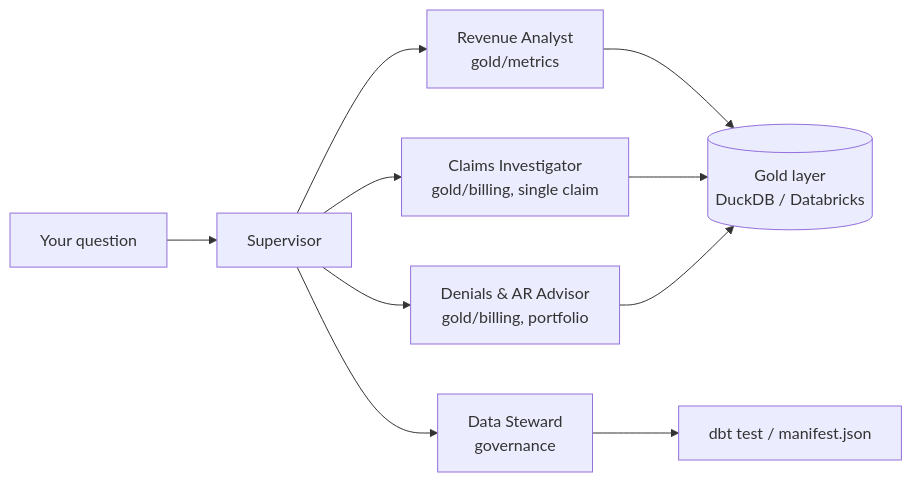
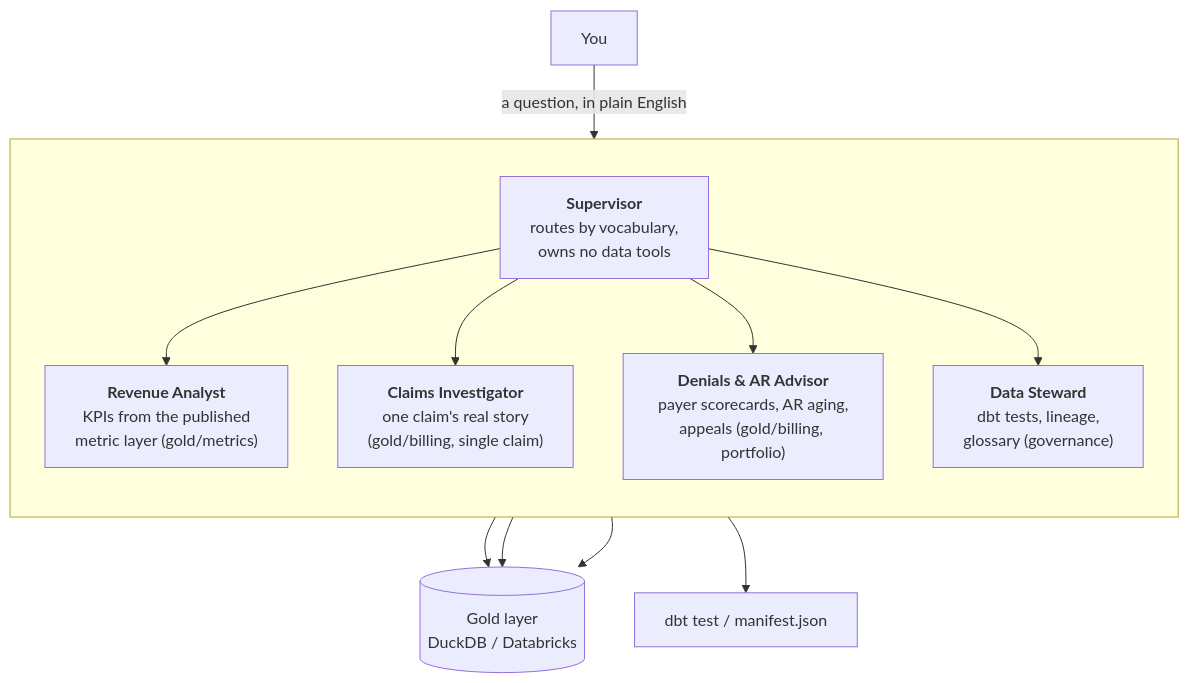
One commit to senthilsweb/claimwise-agents changed the first of 3 diagrams in docs/architecture.md. Above: the diagram before and after it, drawn with Mermaid. The commit also changed other lines of this file, not shown here.

Commit message:
Architecture: richer agent-crew diagram — supervisor + specialists with roles
Each node now carries the agent's name and its one-line role; the crew
sits in its own box between the user and the data. Icons inside mermaid
nodes were tried and verified unrenderable (Material's mermaid
integration sanitizes HTML/icon labels), so labels stay text-only
rather than carrying dead markup.

Claude-Session: https://claude.ai/code/session_014vEt7yCiZkcefMparxpTB2

````diff
--- a/docs/architecture.md
+++ b/docs/architecture.md
@@ -9,12 +12,16 @@
 ```mermaid
-flowchart LR
-    U[Your question] --> S[Supervisor]
-    S --> A[Revenue Analyst<br/>gold/metrics]
-    S --> I[Claims Investigator<br/>gold/billing, single claim]
-    S --> D[Denials & AR Advisor<br/>gold/billing, portfolio]
-    S --> W[Data Steward<br/>governance]
-    A --> G[(Gold layer<br/>DuckDB / Databricks)]
+flowchart TB
+    U["You"] -->|"a question, in plain English"| S
+    subgraph Crew [" "]
+        direction TB
+        S["<b>Supervisor</b><br/>routes by vocabulary,<br/>owns no data tools"]
+        S --> A["<b>Revenue Analyst</b><br/>KPIs from the published<br/>metric layer (gold/metrics)"]
+        S --> I["<b>Claims Investigator</b><br/>one claim's real story<br/>(gold/billing, single claim)"]
+        S --> D["<b>Denials & AR Advisor</b><br/>payer scorecards, AR aging,<br/>appeals (gold/billing, portfolio)"]
+        S --> W["<b>Data Steward</b><br/>dbt tests, lineage,<br/>glossary (governance)"]
+    end
+    A --> G[("Gold layer<br/>DuckDB / Databricks")]
     I --> G
     D --> G
-    W --> P[dbt test / manifest.json]
+    W --> P["dbt test / manifest.json"]
 ```
````
